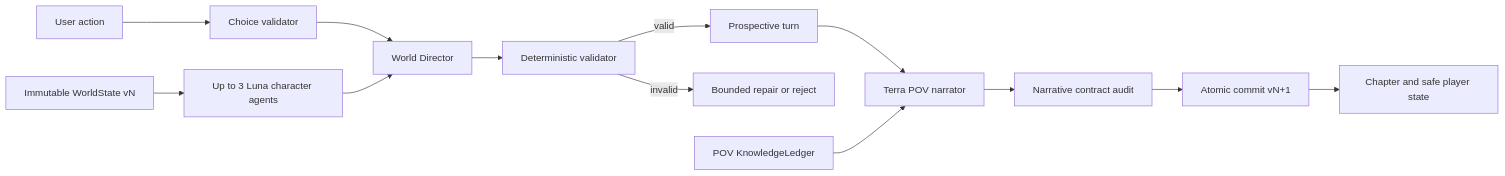
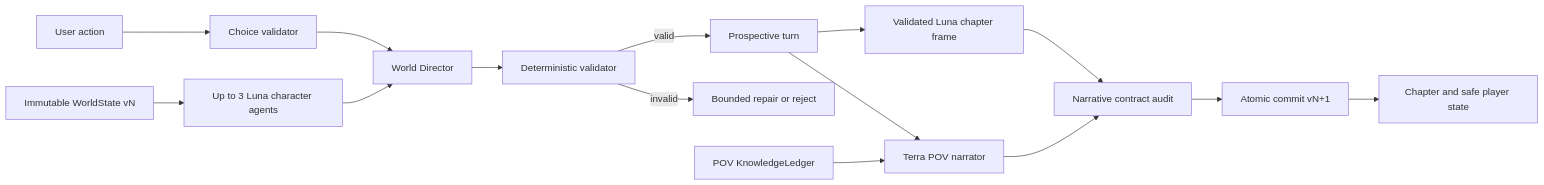
The diagram in docs/ARCHITECTURE.md (shivam-g10/infinite-litrpg), drawn with Mermaid before and after one commit. The commit also changed other lines of this file and 11 other files, not shown here.

Commit message:
fix: fit strict chapter audit budget

````diff
--- a/docs/ARCHITECTURE.md
+++ b/docs/ARCHITECTURE.md
@@ -7,15 +7,17 @@
 ```mermaid
 flowchart LR
     U["User action"] --> P["Choice validator"]
     S["Immutable WorldState vN"] --> A["Up to 3 Luna character agents"]
     P --> D["World Director"]
     A --> D
     D --> V["Deterministic validator"]
     V -->|valid| T["Prospective turn"]
     V -->|invalid| R["Bounded repair or reject"]
+    T --> F["Validated Luna chapter frame"]
     T --> N["Terra POV narrator"]
     K["POV KnowledgeLedger"] --> N
+    F --> Q["Narrative contract audit"]
     N --> Q["Narrative contract audit"]
     Q --> C["Atomic commit vN+1"]
     C --> H["Chapter and safe player state"]
 ```
````
